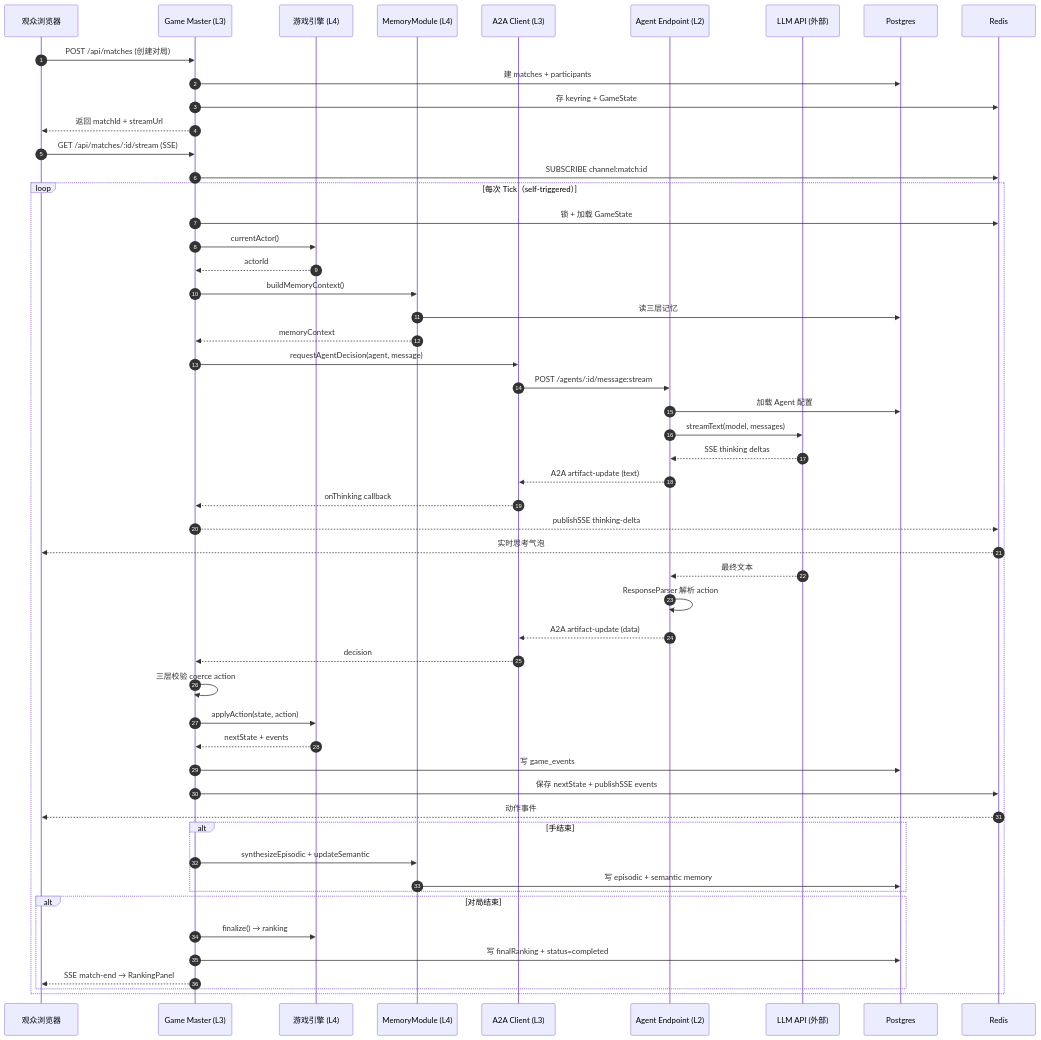
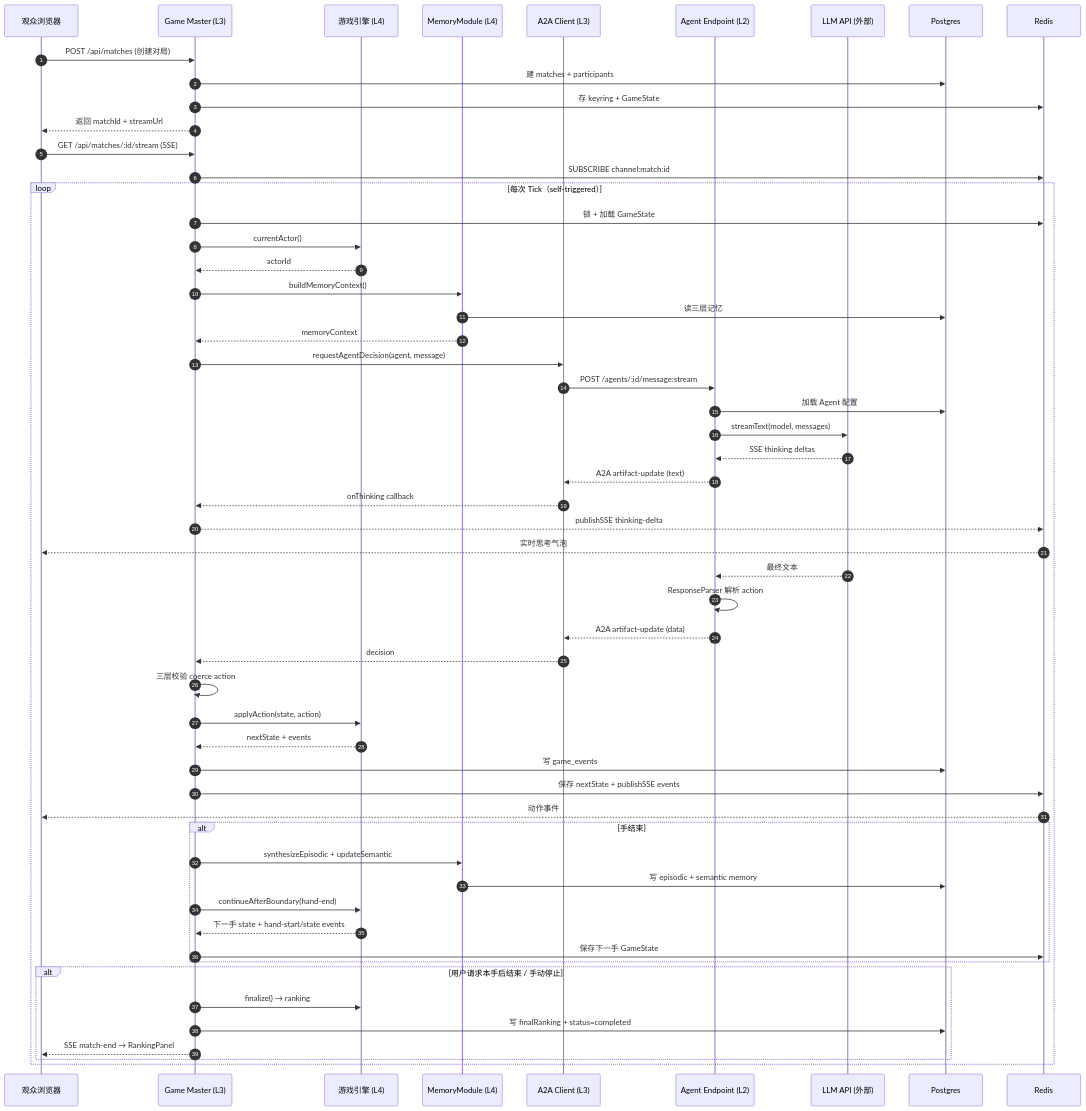
Before and after one commit to Piaoxuemoli/Colosseum: the fifth of 14 diagrams in docs/superpowers/specs/2026-05-06-colosseum-rewrite-brief.md, drawn with Mermaid. The commit also changed other lines of this file and 10 other files, not shown here.

````diff
--- a/docs/superpowers/specs/2026-05-06-colosseum-rewrite-brief.md
+++ b/docs/superpowers/specs/2026-05-06-colosseum-rewrite-brief.md
@@ -131,58 +131,61 @@
 ```mermaid
 sequenceDiagram
   autonumber
   participant U as 观众浏览器
   participant GM as Game Master (L3)
   participant Eng as 游戏引擎 (L4)
   participant Mem as MemoryModule (L4)
   participant AC as A2A Client (L3)
   participant AE as Agent Endpoint (L2)
   participant LLM as LLM API (外部)
   participant DB as Postgres
   participant RD as Redis
 
   U->>GM: POST /api/matches (创建对局)
   GM->>DB: 建 matches + participants
   GM->>RD: 存 keyring + GameState
   GM-->>U: 返回 matchId + streamUrl
 
   U->>GM: GET /api/matches/:id/stream (SSE)
   GM->>RD: SUBSCRIBE channel:match:id
 
   loop 每次 Tick（self-triggered）
     GM->>RD: 锁 + 加载 GameState
     GM->>Eng: currentActor()
     Eng-->>GM: actorId
     GM->>Mem: buildMemoryContext()
     Mem->>DB: 读三层记忆
     Mem-->>GM: memoryContext
     GM->>AC: requestAgentDecision(agent, message)
     AC->>AE: POST /agents/:id/message:stream
     AE->>DB: 加载 Agent 配置
     AE->>LLM: streamText(model, messages)
     LLM-->>AE: SSE thinking deltas
     AE-->>AC: A2A artifact-update (text)
     AC-->>GM: onThinking callback
     GM-->>RD: publishSSE thinking-delta
     RD-->>U: 实时思考气泡
     LLM-->>AE: 最终文本
     AE->>AE: ResponseParser 解析 action
     AE-->>AC: A2A artifact-update (data)
     AC-->>GM: decision
     GM->>GM: 三层校验 coerce action
     GM->>Eng: applyAction(state, action)
     Eng-->>GM: nextState + events
     GM->>DB: 写 game_events
     GM->>RD: 保存 nextState + publishSSE events
     RD-->>U: 动作事件
     alt 手结束
       GM->>Mem: synthesizeEpisodic + updateSemantic
       Mem->>DB: 写 episodic + semantic memory
+      GM->>Eng: continueAfterBoundary(hand-end)
+      Eng-->>GM: 下一手 state + hand-start/state events
+      GM->>RD: 保存下一手 GameState
     end
-    alt 对局结束
+    alt 用户请求本手后结束 / 手动停止
       GM->>Eng: finalize() → ranking
       GM->>DB: 写 finalRanking + status=completed
       GM-->>U: SSE match-end → RankingPanel
     end
   end
 ```
````
